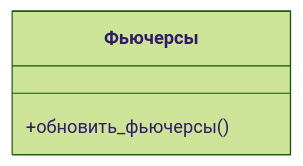
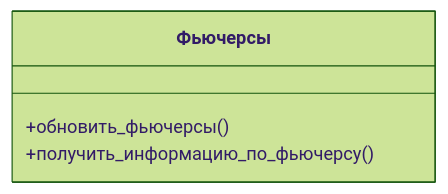
The tenth of 21 diagrams in robot-logic.md (Marat22/MiriadRobotDocs), drawn with Mermaid (forest theme) before and after one commit. The commit also changed other lines of this file and 1 other file, not shown here.

````diff
--- a/robot-logic.md
+++ b/robot-logic.md
@@ -242,6 +263,7 @@
 ```mermaid
 classDiagram
   class Фьючерсы{
     +обновить_фьючерсы()
+    +получить_информацию_по_фьючерсу()
   }
 ```
````
